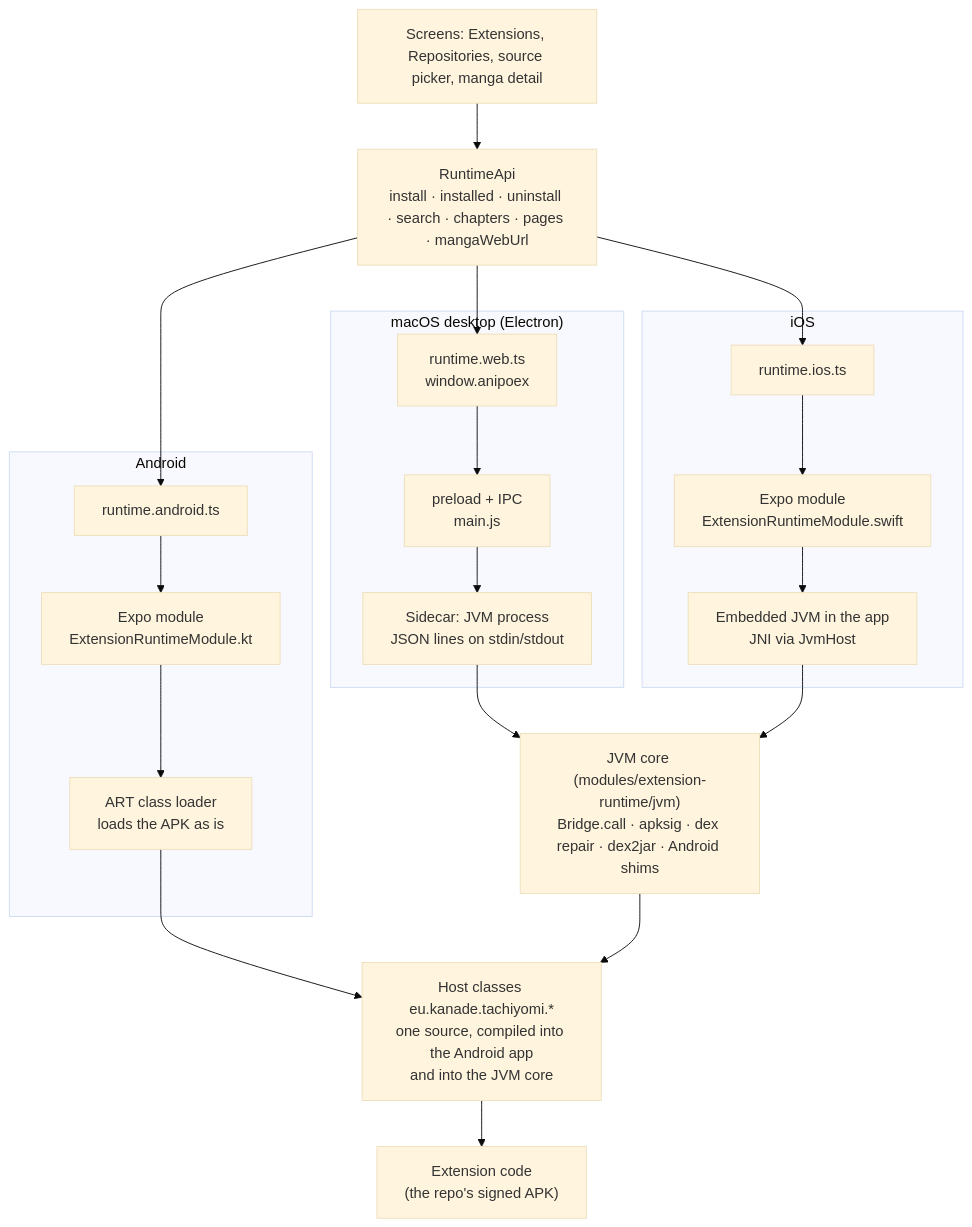
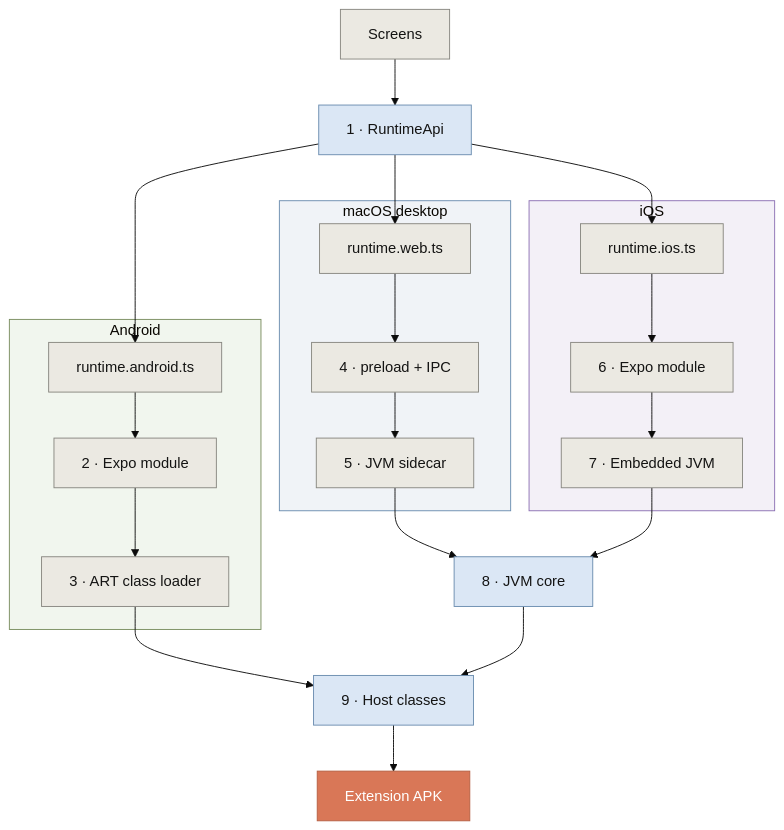
The first of 7 diagrams in docs/extensions.md (Carloss616/anipoex), drawn with Mermaid (base theme) before and after one commit. The commit also changed other lines of this file and 1 other file, not shown here.

First line of the commit message:
docs: sync and source picking guide; extension diagrams read at a glance

````diff
--- a/docs/extensions.md
+++ b/docs/extensions.md
@@ -9,42 +9,32 @@
 ```mermaid
 flowchart TD
-    UI["Screens: Extensions, Repositories, source picker, manga detail"]
-    API["RuntimeApi<br/>install · installed · uninstall · search · chapters · pages · mangaWebUrl"]
-    UI --> API
+    UI["Screens"] --> API["1 · RuntimeApi"]
 
     subgraph AND["Android"]
-        A1["runtime.android.ts"]
-        A2["Expo module<br/>ExtensionRuntimeModule.kt"]
-        A3["ART class loader<br/>loads the APK as is"]
-        A1 --> A2 --> A3
+        A1["runtime.android.ts"] --> A2["2 · Expo module"] --> A3["3 · ART class loader"]
+    end
+    subgraph DESK["macOS desktop"]
+        D1["runtime.web.ts"] --> D2["4 · preload + IPC"] --> D3["5 · JVM sidecar"]
+    end
+    subgraph IOS["iOS"]
+        I1["runtime.ios.ts"] --> I2["6 · Expo module"] --> I3["7 · Embedded JVM"]
     end
 
-    subgraph DESK["macOS desktop (Electron)"]
-        D1["runtime.web.ts<br/>window.anipoex"]
-        D2["preload + IPC<br/>main.js"]
-        D3["Sidecar: JVM process<br/>JSON lines on stdin/stdout"]
-        D1 --> D2 --> D3
-    end
+    API --> A1 & D1 & I1
+    D3 & I3 --> CORE["8 · JVM core"]
+    A3 & CORE --> HOST["9 · Host classes"]
+    HOST --> EXT["Extension APK"]
 
-    subgraph IOS["iOS"]
-        I1["runtime.ios.ts"]
-        I2["Expo module<br/>ExtensionRuntimeModule.swift"]
-        I3["Embedded JVM in the app<br/>JNI via JvmHost"]
-        I1 --> I2 --> I3
-    end
-
-    API --> A1
-    API --> D1
-    API --> I1
-
-    CORE["JVM core (modules/extension-runtime/jvm)<br/>Bridge.call · apksig · dex repair · dex2jar · Android shims"]
-    D3 --> CORE
-    I3 --> CORE
-
-    HOST["Host classes eu.kanade.tachiyomi.*<br/>one source, compiled into the Android app<br/>and into the JVM core"]
-    A3 --> HOST
-    CORE --> HOST
-
-    EXT["Extension code<br/>(the repo's signed APK)"]
-    HOST --> EXT
+    classDef step fill:#dbe7f5,stroke:#6A8CAF,color:#141413
+    classDef ask fill:#f7e8c4,stroke:#c9a13b,color:#141413
+    classDef good fill:#788C5D,stroke:#5d6f47,color:#ffffff
+    classDef bad fill:#D97757,stroke:#b65f42,color:#ffffff
+    classDef calm fill:#ebe9e2,stroke:#87867F,color:#141413
+    class UI,A1,D1,I1 calm
+    class API,CORE,HOST step
+    class A2,A3,D2,D3,I2,I3 calm
+    class EXT bad
+    style AND fill:#78a35a1a,stroke:#788C5D
+    style DESK fill:#6a8caf1a,stroke:#6A8CAF
+    style IOS fill:#8b6fb31a,stroke:#8b6fb3
 ```
````
